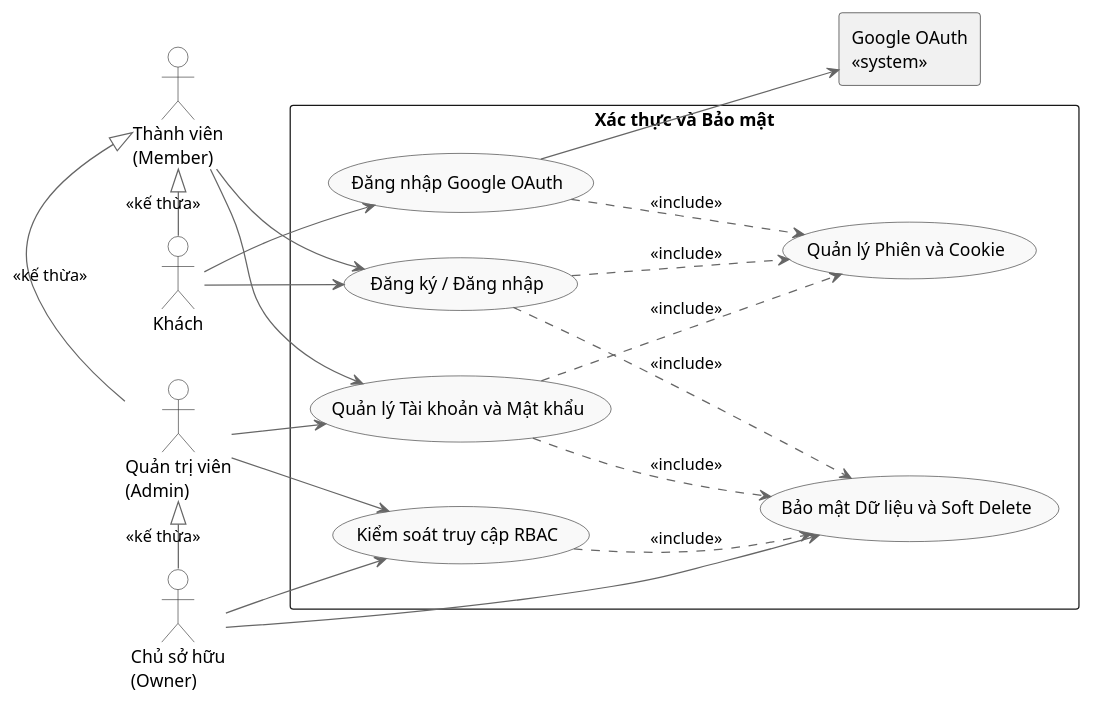
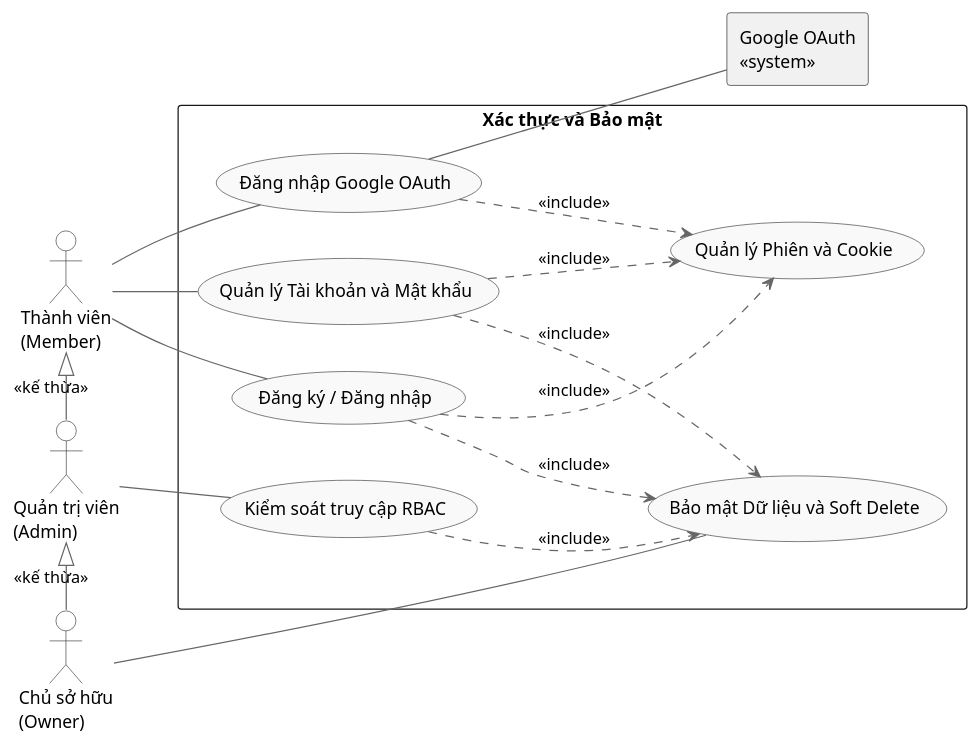
One commit to CongDanhIT/project-management-system-teamwork changed the diagram in tài liệu phân tích giai đoạn cuối/Function_AuthSecurity.puml. Above: the diagram before and after it, drawn with PlantUML. The commit also changed 69 other files, not shown here.

```diff
--- a/tài liệu phân tích giai đoạn cuối/Function_AuthSecurity.puml
+++ b/tài liệu phân tích giai đoạn cuối/Function_AuthSecurity.puml
@@ -1,50 +1,48 @@
 @startuml
 left to right direction
 skinparam packageStyle rectangle
 skinparam usecase {
     BackgroundColor #f9f9f9
     BorderColor #333333
     ArrowColor #666666
 }
 skinparam actor {
     BackgroundColor #ffffff
     BorderColor #333333
 }
 
-actor "Khách" as Guest
 actor "Thành viên\n(Member)" as Member
 actor "Quản trị viên\n(Admin)" as Admin
 actor "Chủ sở hữu\n(Owner)" as Owner
 rectangle "Google OAuth\n<<system>>" as Google
 
 Owner -left-|> Admin : "<<kế thừa>>"
 Admin -left-|> Member : "<<kế thừa>>"
-Guest -left-|> Member : "<<kế thừa>>"
 
 rectangle "Xác thực và Bảo mật" {
     usecase "Đăng ký / Đăng nhập" as UC_Login
     usecase "Đăng nhập Google OAuth" as UC_GoogleLogin
     usecase "Quản lý Phiên và Cookie" as UC_Session
     usecase "Quản lý Tài khoản và Mật khẩu" as UC_Account
     usecase "Kiểm soát truy cập RBAC" as UC_RBAC
     usecase "Bảo mật Dữ liệu và Soft Delete" as UC_Security
 }
 
-Guest --> UC_Login
-Guest --> UC_GoogleLogin
-Member --> UC_Login
-Member --> UC_Account
-Admin --> UC_Account
-Admin --> UC_RBAC
-Owner --> UC_RBAC
-Owner --> UC_Security
+' Member (đại diện cho người dùng nói chung) thực hiện đăng nhập và quản lý tài khoản
+Member -- UC_Login
+Member -- UC_GoogleLogin
+Member -- UC_Account
 
-UC_GoogleLogin --> Google
+' Các Actor cấp cao tự động kế thừa quyền của cấp thấp
+Admin -- UC_RBAC
+Owner -- UC_Security
+
+UC_GoogleLogin -- Google
 UC_Login ..> UC_Session : "<<include>>"
 UC_GoogleLogin ..> UC_Session : "<<include>>"
 UC_Account ..> UC_Session : "<<include>>"
 UC_Login ..> UC_Security : "<<include>>"
 UC_Account ..> UC_Security : "<<include>>"
 UC_RBAC ..> UC_Security : "<<include>>"
 
 @enduml
```
